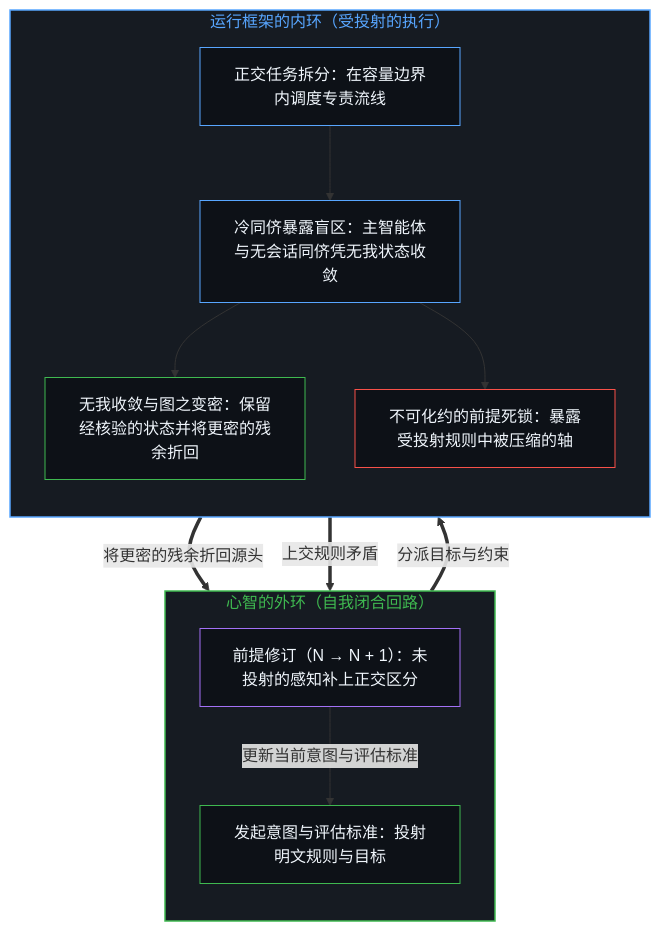
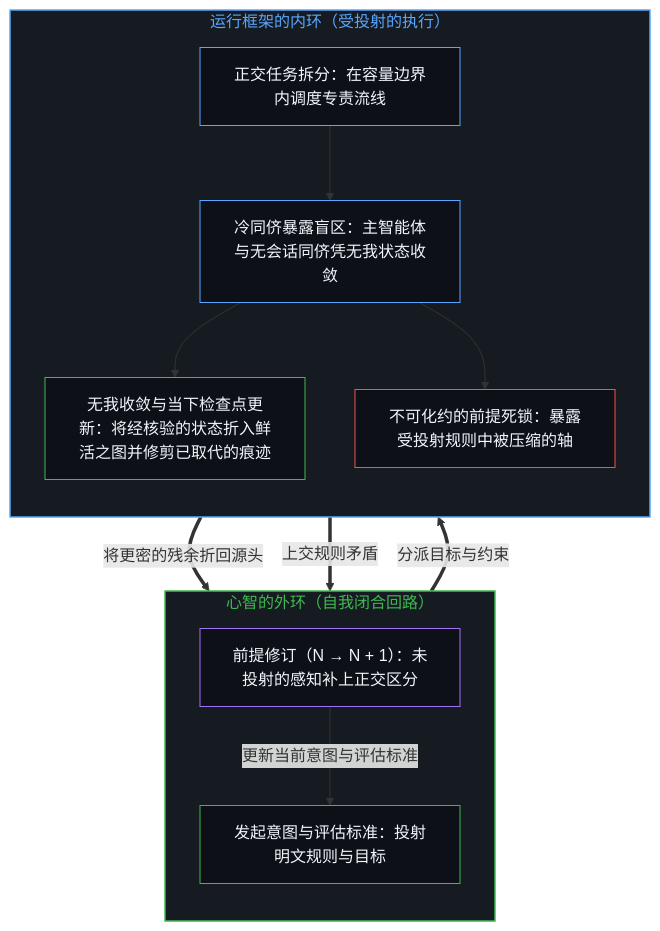
One commit to powerpig99/not-a-toe changed the first of 2 diagrams in content/posts/intelligence-folding-back-on-itself.md. Above: the diagram before and after it, drawn with Mermaid. The commit also changed other lines of this file and 12 other files, not shown here.

````diff
--- a/content/posts/intelligence-folding-back-on-itself.md
+++ b/content/posts/intelligence-folding-back-on-itself.md
@@ -67,33 +67,33 @@
 ```mermaid
 flowchart TD
     subgraph S_Outer["心智的外环（自我闭合回路）"]
         direction TB
         O_Intent["发起意图与评估标准：投射明文规则与目标"]
         O_Revise["前提修订（N → N + 1）：未投射的感知补上正交区分"]
         O_Revise -->|"更新当前意图与评估标准"| O_Intent
     end
 
     subgraph S_Inner["运行框架的内环（受投射的执行）"]
         direction TB
         I_Split["正交任务拆分：在容量边界内调度专责流线"]
         I_Peer["冷同侪暴露盲区：主智能体与无会话同侪凭无我状态收敛"]
-        I_Converge["无我收敛与图之变密：保留经核验的状态并将更密的残余折回"]
+        I_Converge["无我收敛与当下检查点更新：将经核验的状态折入鲜活之图并修剪已取代的痕迹"]
         I_Deadlock["不可化约的前提死锁：暴露受投射规则中被压缩的轴"]
         I_Split --> I_Peer
         I_Peer --> I_Converge
         I_Peer --> I_Deadlock
     end
 
     O_Intent ==>|"分派目标与约束"| I_Split
     I_Converge ==>|"将更密的残余折回源头"| O_Intent
     I_Deadlock ==>|"上交规则矛盾"| O_Revise
 
     style S_Outer fill:#161b22,stroke:#3fb950,stroke-width:1.5px,color:#3fb950
     style S_Inner fill:#161b22,stroke:#58a6ff,stroke-width:1.5px,color:#58a6ff
     style O_Intent fill:#0d1117,stroke:#3fb950,stroke-width:1px,color:#f0f6fc
     style O_Revise fill:#0d1117,stroke:#a371f7,stroke-width:1px,color:#f0f6fc
     style I_Split fill:#0d1117,stroke:#58a6ff,stroke-width:1px,color:#f0f6fc
     style I_Peer fill:#0d1117,stroke:#58a6ff,stroke-width:1px,color:#f0f6fc
     style I_Converge fill:#0d1117,stroke:#3fb950,stroke-width:1px,color:#f0f6fc
     style I_Deadlock fill:#0d1117,stroke:#f85149,stroke-width:1px,color:#f0f6fc
 ```
````
